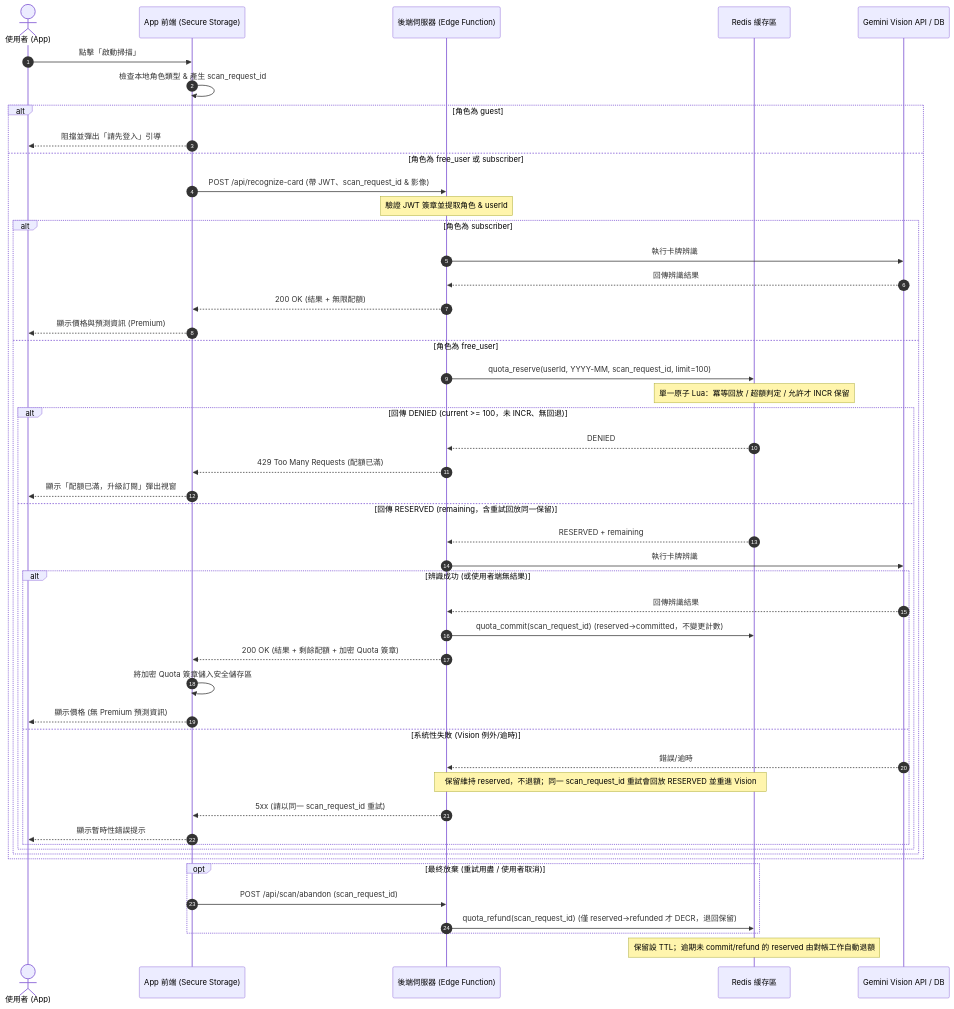
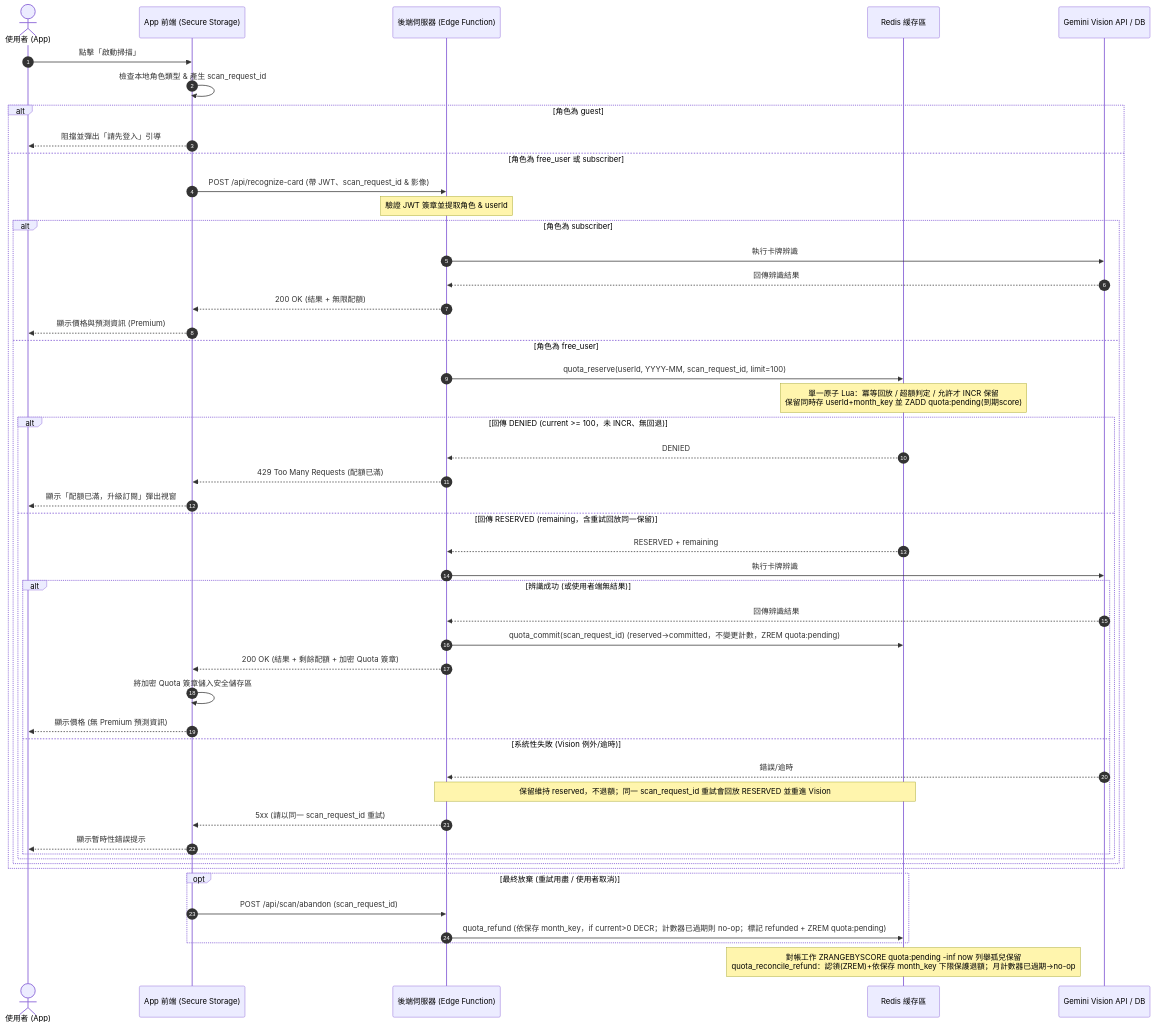
Before and after one commit to dicoge/hunterCard: the second of 2 diagrams in docs/plans/2026-07-27-guest-free-subscriber-permission-design.md, drawn with Mermaid. The commit also changed other lines of this file, not shown here.

First line of the commit message:
docs(plans): durable pending index + safe cross-month refund (DIC-940 QA, DIC-659)

````diff
--- a/docs/plans/2026-07-27-guest-free-subscriber-permission-design.md
+++ b/docs/plans/2026-07-27-guest-free-subscriber-permission-design.md
@@ -38,52 +38,52 @@
 ```mermaid
 sequenceDiagram
     autonumber
     actor User as 使用者 (App)
     participant Client as App 前端 (Secure Storage)
     participant Server as 後端伺服器 (Edge Function)
     participant Cache as Redis 緩存區
     participant Vision as Gemini Vision API / DB
 
     User->>Client: 點擊「啟動掃描」
     Client->>Client: 檢查本地角色類型 & 產生 scan_request_id
     alt 角色為 guest
         Client-->>User: 阻擋並彈出「請先登入」引導
     else 角色為 free_user 或 subscriber
         Client->>Server: POST /api/recognize-card (帶 JWT、scan_request_id & 影像)
         Note over Server: 驗證 JWT 簽章並提取角色 & userId
         alt 角色為 subscriber
             Server->>Vision: 執行卡牌辨識
             Vision-->>Server: 回傳辨識結果
             Server-->>Client: 200 OK (結果 + 無限配額)
             Client-->>User: 顯示價格與預測資訊 (Premium)
         else 角色為 free_user
             Server->>Cache: quota_reserve(userId, YYYY-MM, scan_request_id, limit=100)
-            Note over Cache: 單一原子 Lua：冪等回放 / 超額判定 / 允許才 INCR 保留
+            Note over Cache: 單一原子 Lua：冪等回放 / 超額判定 / 允許才 INCR 保留<br/>保留同時存 userId+month_key 並 ZADD quota:pending(到期score)
             alt 回傳 DENIED (current >= 100，未 INCR、無回退)
                 Cache-->>Server: DENIED
                 Server-->>Client: 429 Too Many Requests (配額已滿)
                 Client-->>User: 顯示「配額已滿，升級訂閱」彈出視窗
             else 回傳 RESERVED (remaining，含重試回放同一保留)
                 Cache-->>Server: RESERVED + remaining
                 Server->>Vision: 執行卡牌辨識
                 alt 辨識成功 (或使用者端無結果)
                     Vision-->>Server: 回傳辨識結果
-                    Server->>Cache: quota_commit(scan_request_id) (reserved→committed，不變更計數)
+                    Server->>Cache: quota_commit(scan_request_id) (reserved→committed，不變更計數，ZREM quota:pending)
                     Server-->>Client: 200 OK (結果 + 剩餘配額 + 加密 Quota 簽章)
                     Client->>Client: 將加密 Quota 簽章儲入安全儲存區
                     Client-->>User: 顯示價格 (無 Premium 預測資訊)
                 else 系統性失敗 (Vision 例外/逾時)
                     Vision-->>Server: 錯誤/逾時
                     Note over Server,Cache: 保留維持 reserved，不退額；同一 scan_request_id 重試會回放 RESERVED 並重進 Vision
                     Server-->>Client: 5xx (請以同一 scan_request_id 重試)
                     Client-->>User: 顯示暫時性錯誤提示
                 end
             end
         end
     end
     opt 最終放棄 (重試用盡 / 使用者取消)
         Client->>Server: POST /api/scan/abandon (scan_request_id)
-        Server->>Cache: quota_refund(scan_request_id) (僅 reserved→refunded 才 DECR，退回保留)
+        Server->>Cache: quota_refund (依保存 month_key，if current>0 DECR；計數器已過期則 no-op；標記 refunded + ZREM quota:pending)
     end
-    Note over Cache: 保留設 TTL；逾期未 commit/refund 的 reserved 由對帳工作自動退額
+    Note over Cache: 對帳工作 ZRANGEBYSCORE quota:pending -inf now 列舉孤兒保留<br/>quota_reconcile_refund：認領(ZREM)+依保存 month_key 下限保護退額；月計數器已過期→no-op
 ```
````
